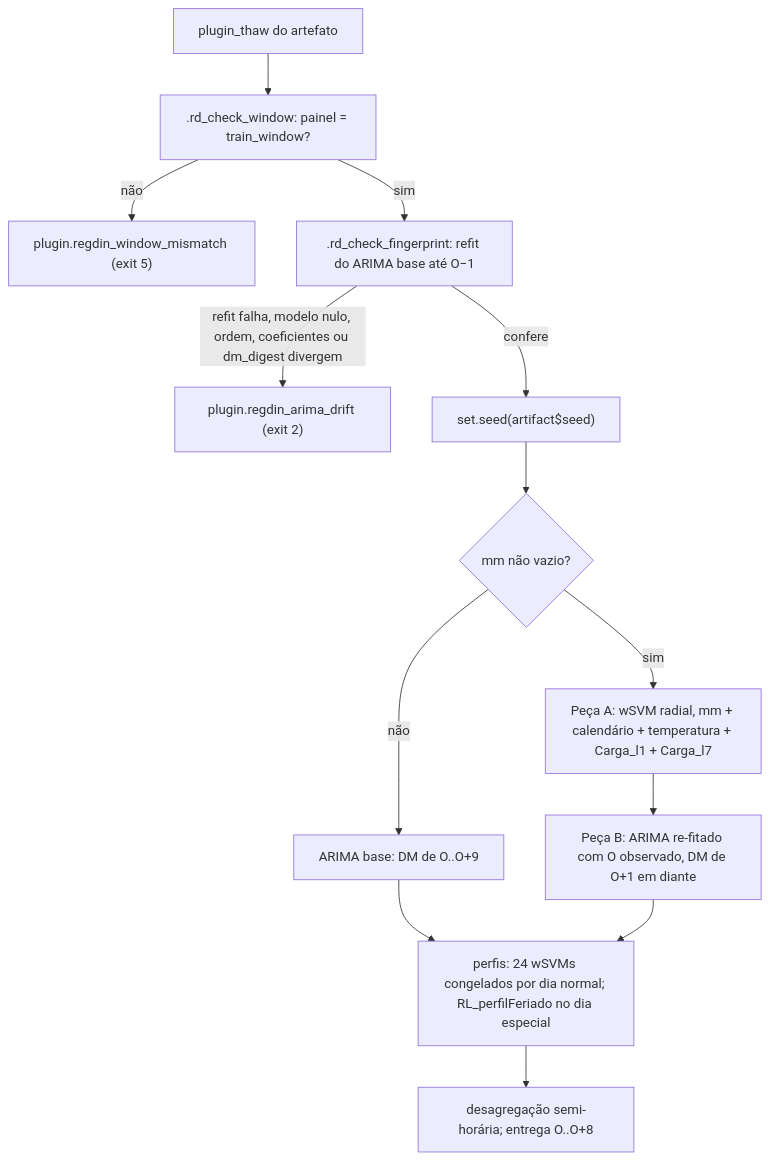
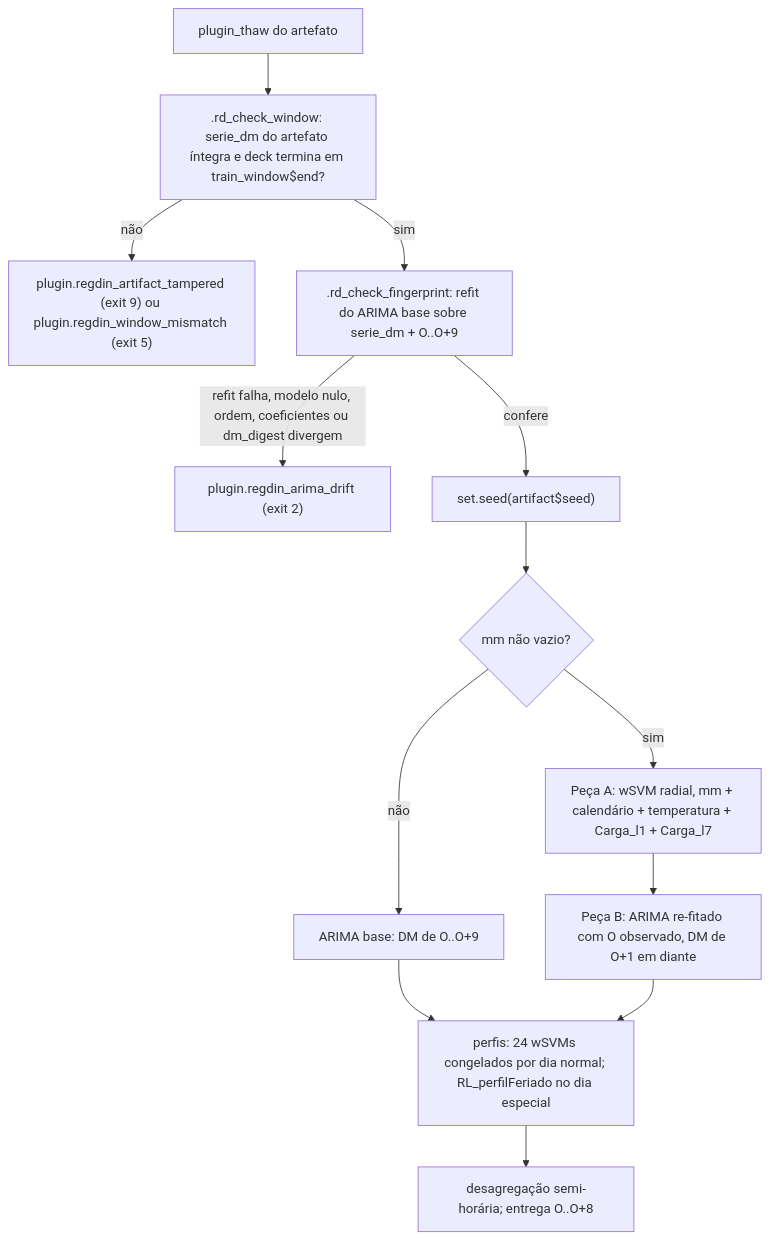
The second of 3 diagrams in website/docs/metodologia/10-dessem-nowcast-rng.mdx (ONSBR/prevcarga), drawn with Mermaid before and after one commit. The commit also changed other lines of this file and 20 other files, not shown here.

First line of the commit message:
feat(dessem): estado derivado no artefato do dessem-regdin; inferencia com deck de 15 dias (E4-T3, ADR-045 fase C)

````diff
--- a/website/docs/metodologia/10-dessem-nowcast-rng.mdx
+++ b/website/docs/metodologia/10-dessem-nowcast-rng.mdx
@@ -140,15 +140,15 @@
 ```mermaid
 flowchart TB
-  T["plugin_thaw do artefato"]:::plugin --> W[".rd_check_window: painel = train_window?"]:::plugin
-  W -->|não| WE["plugin.regdin_window_mismatch (exit 5)"]:::erro
-  W -->|sim| FP[".rd_check_fingerprint: refit do ARIMA base até O−1"]:::plugin
+  T["plugin_thaw do artefato"]:::plugin --> W[".rd_check_window: serie_dm do artefato íntegra e deck termina em train_window$end?"]:::plugin
+  W -->|não| WE["plugin.regdin_artifact_tampered (exit 9) ou plugin.regdin_window_mismatch (exit 5)"]:::erro
+  W -->|sim| FP[".rd_check_fingerprint: refit do ARIMA base sobre serie_dm + O..O+9"]:::plugin
   FP -->|"refit falha, modelo nulo, ordem, coeficientes ou dm_digest divergem"| FE["plugin.regdin_arima_drift (exit 2)"]:::erro
   FP -->|confere| S["set.seed(artifact$seed)"]:::plugin
   S --> M{"mm não vazio?"}
   M -->|não| AB["ARIMA base: DM de O..O+9"]:::plugin
   M -->|sim| PA["Peça A: wSVM radial, mm + calendário + temperatura + Carga_l1 + Carga_l7"]:::plugin
   PA --> PB["Peça B: ARIMA re-fitado com O observado, DM de O+1 em diante"]:::plugin
   AB --> PF["perfis: 24 wSVMs congelados por dia normal; RL_perfilFeriado no dia especial"]:::plugin
   PB --> PF
   PF --> D["desagregação semi-horária; entrega O..O+8"]:::fundacao
 ```
````
